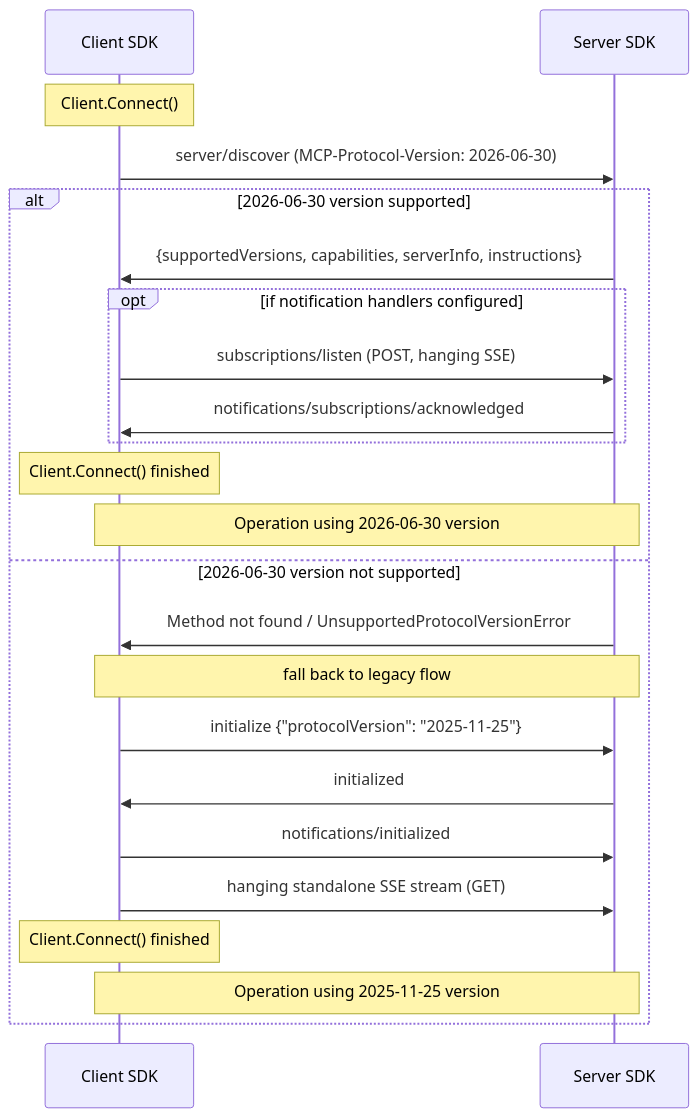
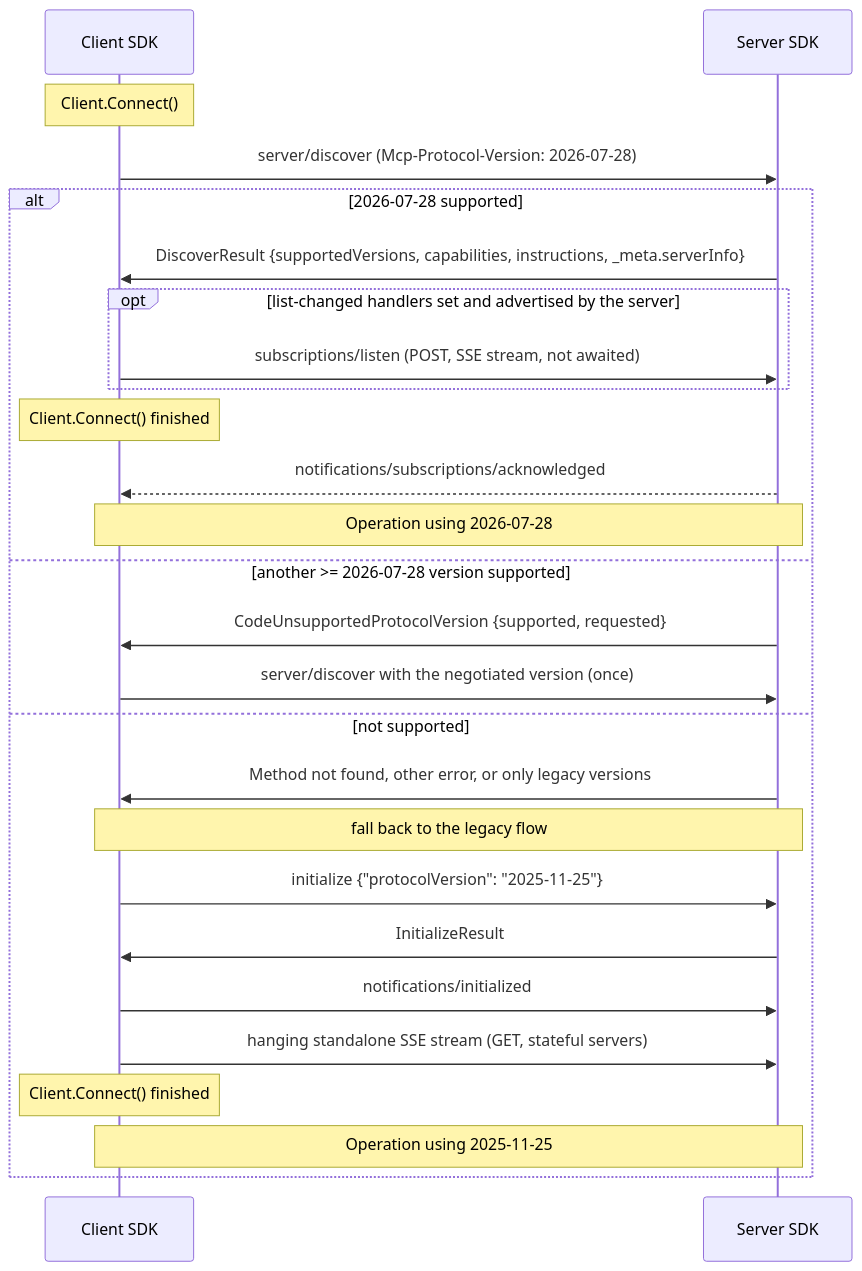
Before and after one commit to modelcontextprotocol/go-sdk: the second of 3 diagrams in design/stateless.md, drawn with Mermaid. The commit also changed other lines of this file, not shown here.

````diff
--- a/design/stateless.md
+++ b/design/stateless.md
@@ -352,27 +394,30 @@
 ```mermaid
 sequenceDiagram
     participant c as Client SDK
     participant s as Server SDK
 
     Note over c: Client.Connect()
-    c->>s: server/discover (MCP-Protocol-Version: 2026-06-30)
-    
-    alt 2026-06-30 version supported
-        s->>c: {supportedVersions, capabilities, serverInfo, instructions}
-        opt if notification handlers configured
-            c->>s: subscriptions/listen (POST, hanging SSE)
-            s->>c: notifications/subscriptions/acknowledged
+    c->>s: server/discover (Mcp-Protocol-Version: 2026-07-28)
+
+    alt 2026-07-28 supported
+        s->>c: DiscoverResult {supportedVersions, capabilities, instructions, _meta.serverInfo}
+        opt list-changed handlers set and advertised by the server
+            c->>s: subscriptions/listen (POST, SSE stream, not awaited)
         end
         note over c: Client.Connect() finished
-        note over c,s: Operation using 2026-06-30 version
-    else 2026-06-30 version not supported
-        s->>c: Method not found / UnsupportedProtocolVersionError
-        note over c,s: fall back to legacy flow
+        s-->>c: notifications/subscriptions/acknowledged
+        note over c,s: Operation using 2026-07-28
+    else another >= 2026-07-28 version supported
+        s->>c: CodeUnsupportedProtocolVersion {supported, requested}
+        c->>s: server/discover with the negotiated version (once)
+    else not supported
+        s->>c: Method not found, other error, or only legacy versions
+        note over c,s: fall back to the legacy flow
         c->>s: initialize {"protocolVersion": "2025-11-25"}
-        s->>c: initialized
+        s->>c: InitializeResult
         c->>s: notifications/initialized
-        c->>s: hanging standalone SSE stream (GET)
+        c->>s: hanging standalone SSE stream (GET, stateful servers)
         note over c: Client.Connect() finished
-        note over c,s: Operation using 2025-11-25 version
+        note over c,s: Operation using 2025-11-25
     end
 ```
````
